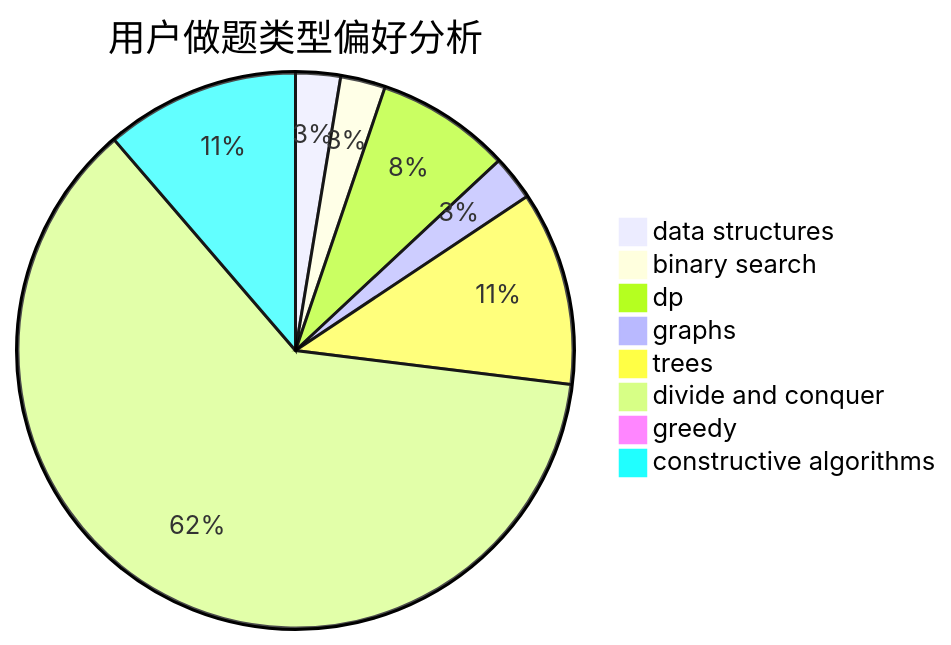
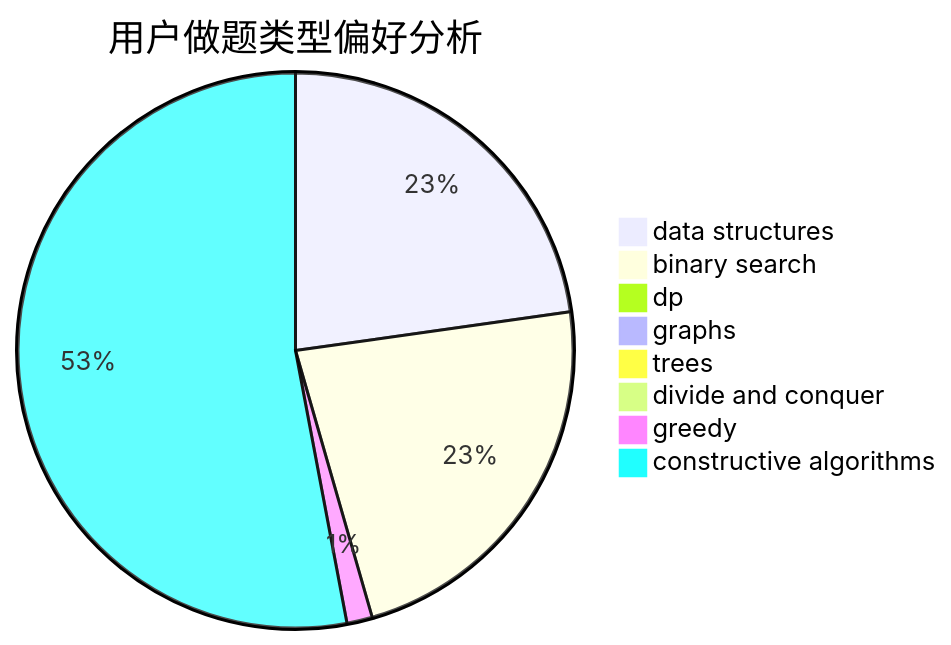
The second of 3 diagrams in docs/user/u874.md (sherpahu/cfrs.github.io), drawn with Mermaid before and after one commit. The commit also changed other lines of this file and 2770 other files, not shown here.

````diff
--- a/docs/user/u874.md
+++ b/docs/user/u874.md
@@ -23,11 +23,11 @@
 ```mermaid
 pie title 用户做题类型偏好分析
-    "data structures" :  3
-    "binary search" :  3
-    "dp" :  9
-    "graphs" :  3
-    "trees" :  13
-    "divide and conquer" :  71
-    "greedy" :  0
-    "constructive algorithms" :  13
+    "data structures" :  46
+    "binary search" :  46
+    "dp" :  1
+    "graphs" :  0
+    "trees" :  0
+    "divide and conquer" :  0
+    "greedy" :  3
+    "constructive algorithms" :  107
 ```
````
